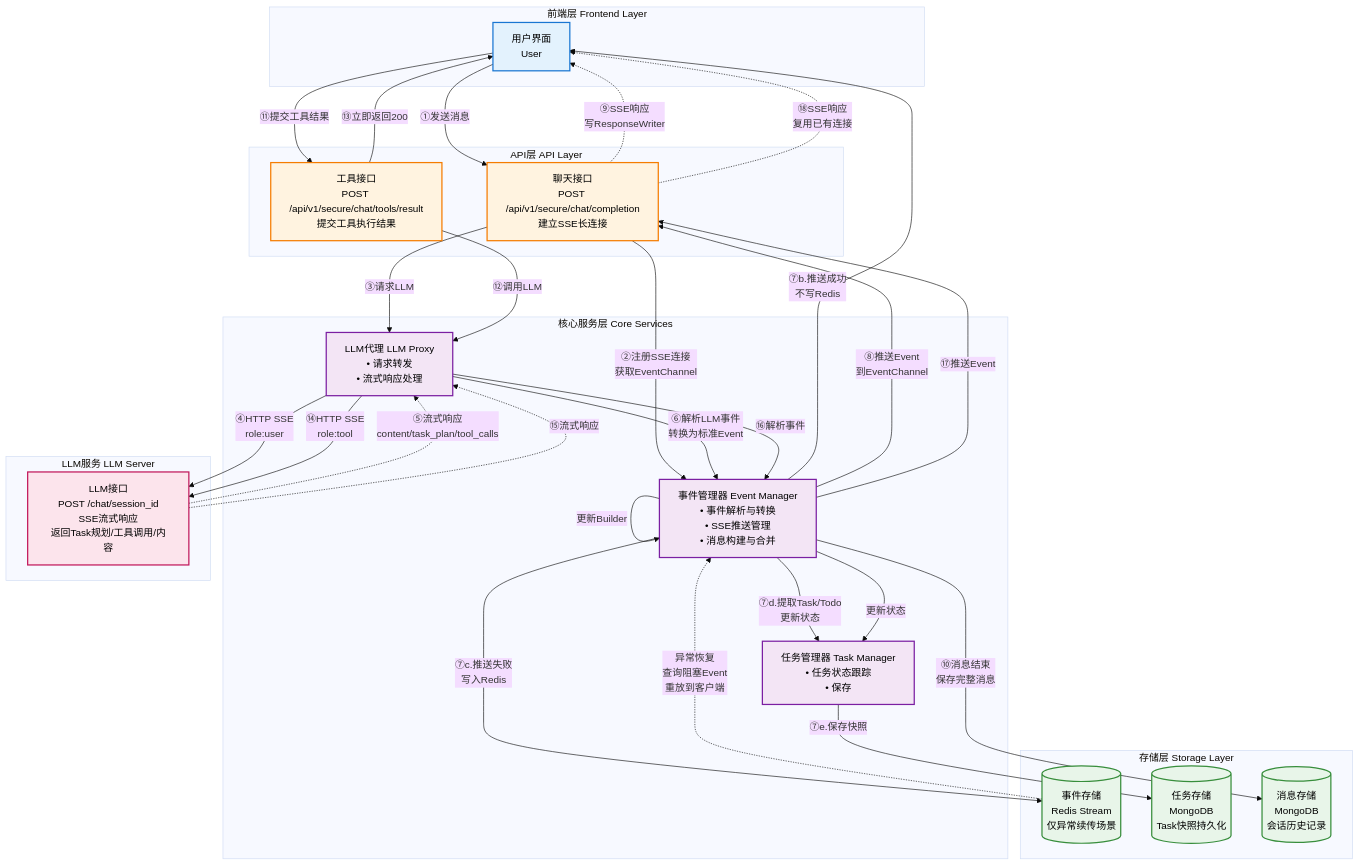
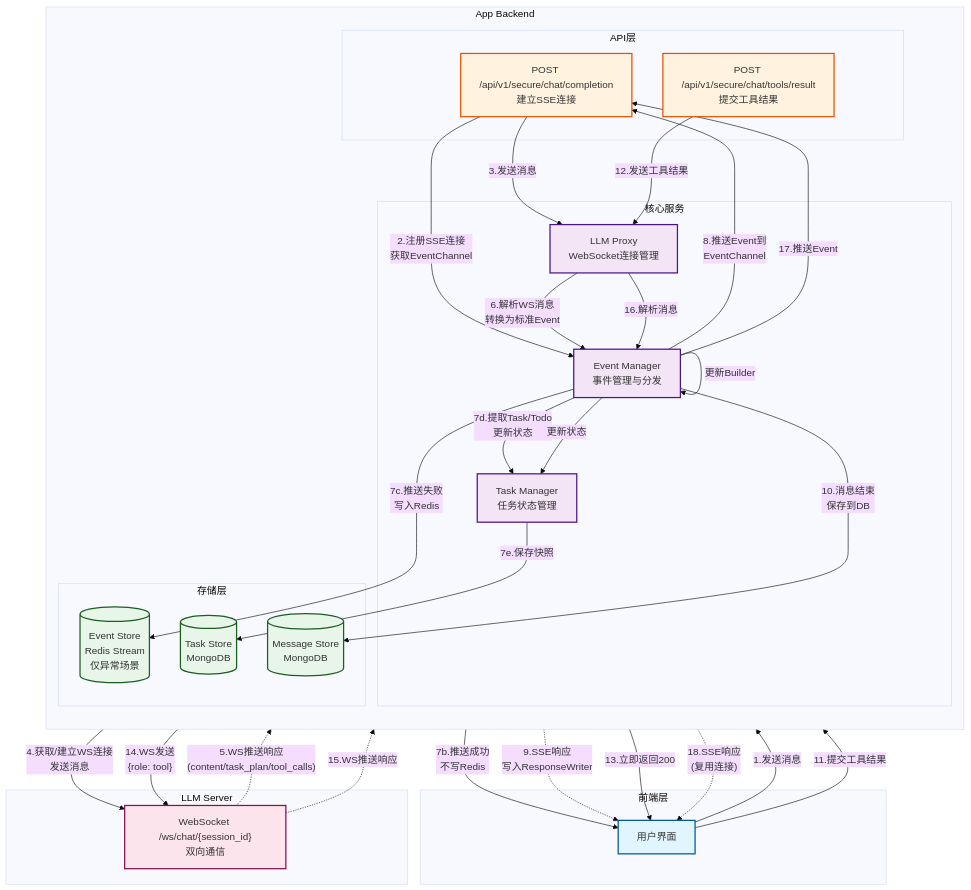
Before and after one commit to yingjianzh/iodraw-files: the diagram in all/未命名-10.md, drawn with Mermaid (base theme).

Commit message:
2025-12-25 16:40:04 update

````diff
--- a/all/未命名-10.md
+++ b/all/未命名-10.md
@@ -1,82 +1,77 @@
 ```mermaid
 graph TB
-    %% ========== 前端层 ==========
-    subgraph Frontend["前端层 Frontend Layer"]
-        UI[用户界面<br/>User]
+  subgraph "前端层"
+    UI[用户界面]
+  end
+
+  subgraph "App Backend"
+    direction TB
+
+    subgraph "API层"
+      ChatAPI["POST /api/v1/secure/chat/completion<br/>建立SSE连接"]
+      ToolAPI["POST /api/v1/secure/chat/tools/result<br/>提交工具结果"]
     end
-    
-    %% ========== API层 ==========
-    subgraph APILayer["API层 API Layer"]
-        ChatAPI["聊天接口<br/>POST /api/v1/secure/chat/completion<br/>建立SSE长连接"]
-        ToolAPI["工具接口<br/>POST /api/v1/secure/chat/tools/result<br/>提交工具执行结果"]
+
+    subgraph "核心服务"
+      EventMgr["Event Manager<br/>事件管理与分发"]
+      TaskMgr["Task Manager<br/>任务状态管理"]
+      LLMProxy["LLM Proxy<br/>WebSocket连接管理"]
     end
-    
-    %% ========== 核心服务层 ==========
-    subgraph CoreServices["核心服务层 Core Services"]
-        EventMgr["事件管理器 Event Manager<br/>• 事件解析与转换<br/>• SSE推送管理<br/>• 消息构建与合并"]
-        TaskMgr["任务管理器 Task Manager<br/>• 任务状态跟踪<br/>• 保存"]
-        LLMProxy["LLM代理 LLM Proxy<br/>• 请求转发<br/>• 流式响应处理"]
+
+    subgraph "存储层"
+      EventStore[("Event Store<br/>Redis Stream<br/>仅异常场景")]
+      TaskStore[("Task Store<br/>MongoDB")]
+      MessageStore[("Message Store<br/>MongoDB")]
     end
-    
-    %% ========== 存储层 ==========
-    subgraph StorageLayer["存储层 Storage Layer"]
-        EventStore[("事件存储<br/>Redis Stream<br/>仅异常续传场景")]
-        TaskStore[("任务存储<br/>MongoDB<br/>Task快照持久化")]
-        MessageStore[("消息存储<br/>MongoDB<br/>会话历史记录")]
-    end
-    
-    %% ========== LLM服务 ==========
-    subgraph LLMService["LLM服务 LLM Server"]
-        LLMAPI["LLM接口<br/>POST /chat/session_id<br/>SSE流式响应<br/>返回Task规划/工具调用/内容"]
-    end
-    
-    %% ========== 主流程：用户消息 ==========
-    UI -->|"①发送消息"| ChatAPI
-    ChatAPI -->|"②注册SSE连接<br/>获取EventChannel"| EventMgr
-    ChatAPI -->|"③请求LLM"| LLMProxy
-    
-    LLMProxy -->|"④HTTP SSE<br/>role:user"| LLMAPI
-    LLMAPI -.->|"⑤流式响应<br/>content/task_plan/tool_calls"| LLMProxy
-    
-    LLMProxy -->|"⑥解析LLM事件<br/>转换为标准Event"| EventMgr
-    
-    EventMgr -->|"⑦a.更新MessageBuilder<br/>边推送边合并"| EventMgr
-    EventMgr -->|"⑦b.推送成功<br/>不写Redis"| UI
-    EventMgr -->|"⑦c.推送失败<br/>写入Redis"| EventStore
-    EventMgr -->|"⑦d.提取Task/Todo<br/>更新状态"| TaskMgr
-    
-    TaskMgr -->|"⑦e.保存快照"| TaskStore
-    EventMgr -->|"⑧推送Event<br/>到EventChannel"| ChatAPI
-    ChatAPI -.->|"⑨SSE响应<br/>写ResponseWriter"| UI
-    EventMgr -->|"⑩消息结束<br/>保存完整消息"| MessageStore
-    
-    %% ========== 工具调用流程 ==========
-    UI -->|"⑪提交工具结果"| ToolAPI
-    ToolAPI -->|"⑫调用LLM"| LLMProxy
-    ToolAPI -->|"⑬立即返回200"| UI
-    
-    LLMProxy -->|"⑭HTTP SSE<br/>role:tool"| LLMAPI
-    LLMAPI -.->|"⑮流式响应"| LLMProxy
-    
-    LLMProxy -->|"⑯解析事件"| EventMgr
-    EventMgr -->|"更新Builder"| EventMgr
-    EventMgr -->|"更新状态"| TaskMgr
-    EventMgr -->|"⑰推送Event"| ChatAPI
-    ChatAPI -.->|"⑱SSE响应<br/>复用已有连接"| UI
-    
-    %% ========== 异常续传 ==========
-    EventStore -.->|"异常恢复<br/>查询阻塞Event<br/>重放到客户端"| EventMgr
-    
-    %% ========== 样式定义 ==========
-    classDef frontendStyle fill:#E3F2FD,stroke:#1976D2,stroke-width:2px,color:#000
-    classDef apiStyle fill:#FFF3E0,stroke:#F57C00,stroke-width:2px,color:#000
-    classDef serviceStyle fill:#F3E5F5,stroke:#7B1FA2,stroke-width:2px,color:#000
-    classDef storageStyle fill:#E8F5E9,stroke:#388E3C,stroke-width:2px,color:#000
-    classDef llmStyle fill:#FCE4EC,stroke:#C2185B,stroke-width:2px,color:#000
-    
-    class UI frontendStyle
-    class ChatAPI,ToolAPI apiStyle
-    class EventMgr,TaskMgr,LLMProxy serviceStyle
-    class EventStore,TaskStore,MessageStore storageStyle
-    class LLMAPI llmStyle
+  end
+
+  subgraph "LLM Server"
+    LLMAPI["WebSocket /ws/chat/{session_id}<br/>双向通信"]
+  end
+
+%% ===== 用户发送消息流程 =====
+  UI -->|"1.发送消息"| ChatAPI
+  ChatAPI -->|"2.注册SSE连接<br/>获取EventChannel"| EventMgr
+  ChatAPI -->|"3.发送消息"| LLMProxy
+
+  LLMProxy -->|"4.获取/建立WS连接<br/>发送消息"| LLMAPI
+  LLMAPI -.->|"5.WS推送响应<br/>(content/task_plan/tool_calls)"| LLMProxy
+
+  LLMProxy -->|"6.解析WS消息<br/>转换为标准Event"| EventMgr
+  EventMgr -->|"7a.更新MessageBuilder<br/>边推送边合并"| EventMgr
+  EventMgr -->|"7b.推送成功<br/>不写Redis"| UI
+  EventMgr -->|"7c.推送失败<br/>写入Redis"| EventStore
+  EventMgr -->|"7d.提取Task/Todo<br/>更新状态"| TaskMgr
+  TaskMgr -->|"7e.保存快照"| TaskStore
+
+  EventMgr -->|"8.推送Event到<br/>EventChannel"| ChatAPI
+  ChatAPI -.->|"9.SSE响应<br/>写入ResponseWriter"| UI
+
+  EventMgr -->|"10.消息结束<br/>保存到DB"| MessageStore
+
+%% ===== 工具调用流程 =====
+  UI -->|"11.提交工具结果"| ToolAPI
+
+  ToolAPI -->|"12.发送工具结果"| LLMProxy
+  ToolAPI -->|"13.立即返回200"| UI
+
+  LLMProxy -->|"14.WS发送<br/>{role: tool}"| LLMAPI
+  LLMAPI -.->|"15.WS推送响应"| LLMProxy
+  LLMProxy -->|"16.解析消息"| EventMgr
+  EventMgr -->|"更新Builder"| EventMgr
+  EventMgr -->|"更新状态"| TaskMgr
+  EventMgr -->|"17.推送Event"| ChatAPI
+  ChatAPI -.->|"18.SSE响应<br/>(复用连接)"| UI
+
+  classDef frontend fill:#e1f5ff,stroke:#01579b,stroke-width:2px
+  classDef api fill:#fff3e0,stroke:#e65100,stroke-width:2px
+  classDef service fill:#f3e5f5,stroke:#4a148c,stroke-width:2px
+  classDef storage fill:#e8f5e9,stroke:#1b5e20,stroke-width:2px
+  classDef llm fill:#fce4ec,stroke:#880e4f,stroke-width:2px
+
+  class UI frontend
+  class ChatAPI,ToolAPI api
+  class EventMgr,TaskMgr,LLMProxy service
+  class EventStore,TaskStore,MessageStore storage
+  class LLMAPI llm
 ```
````
